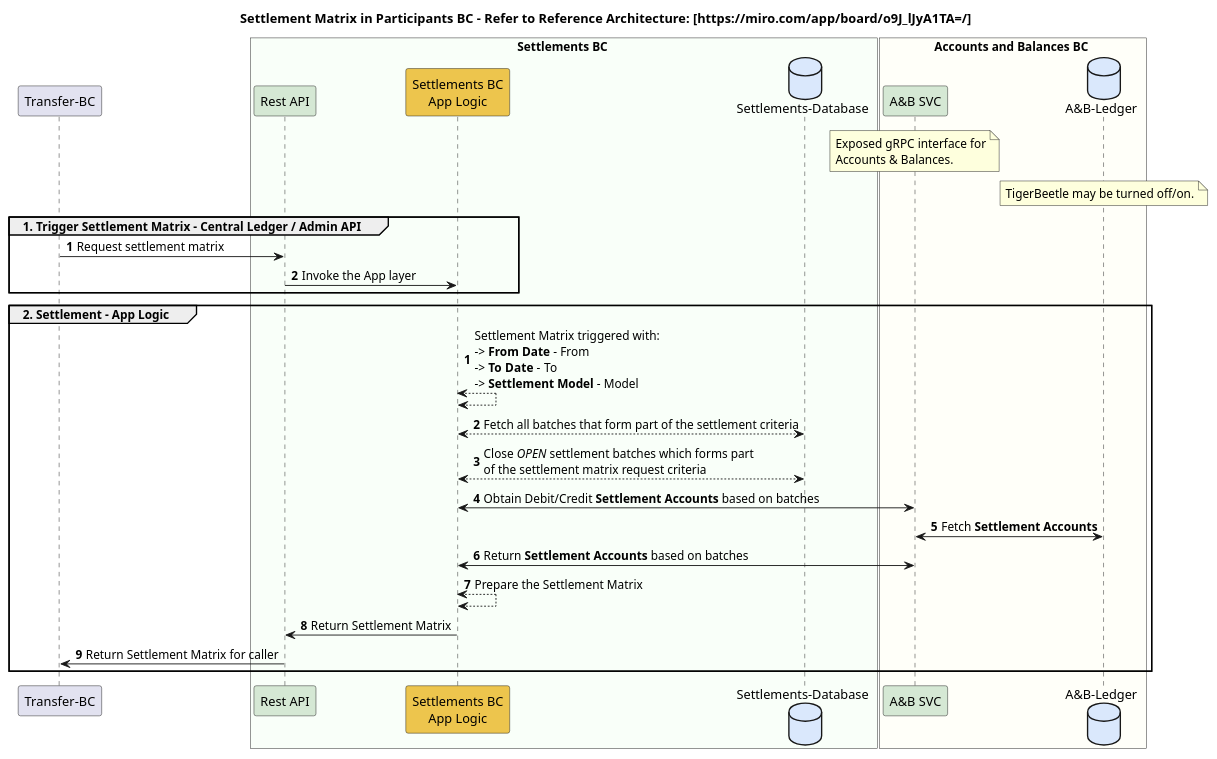
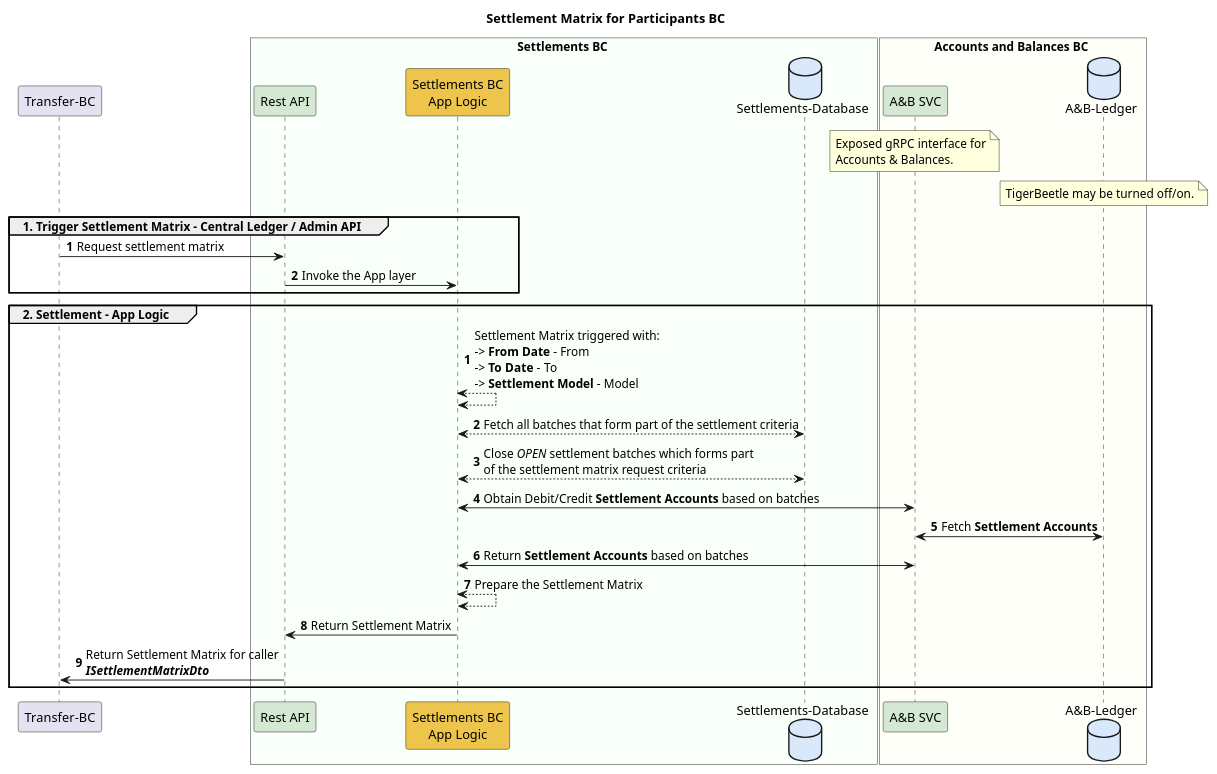
One commit to mojaloop/settlements-bc changed the diagram in docs/flows/02-settlement-matrix-bc.puml. Above: the diagram before and after it, drawn with PlantUML. The commit also changed 8 other files, not shown here.

```diff
--- a/docs/flows/02-settlement-matrix-bc.puml
+++ b/docs/flows/02-settlement-matrix-bc.puml
@@ -1,44 +1,44 @@
 @startuml
 
-title Settlement Matrix in Participants BC - Refer to Reference Architecture: [https://miro.com/app/board/o9J_lJyA1TA=/]
+title Settlement Matrix for Participants BC
 
 participant "Transfer-BC" as ext_transfers_bc
 
 box Settlements BC #F9FFF9
 	participant "Rest API" as sbc_rest #D5E8D4
 	participant "Settlements BC\nApp Logic" as sbc_app_logic #EDC54D
 	database "Settlements-Database" as sbc_db #DAE8FC
 end box
 
 box Accounts and Balances BC #FFFFF9
     participant "A&B SVC" as abbc_grpc #D5E8D4
     database "A&B-Ledger" as abbc_tigerbeetle #DAE8FC
     note over abbc_grpc
         Exposed gRPC interface for
         Accounts & Balances.
     end note
     note over abbc_tigerbeetle
         TigerBeetle may be turned off/on.
     end note
 end box
 
 group 1. Trigger Settlement Matrix - Central Ledger / Admin API
 autonumber
     ext_transfers_bc -> sbc_rest : Request settlement matrix
     sbc_rest -> sbc_app_logic : Invoke the App layer
 end
 
 group 2. Settlement - App Logic
 autonumber
     sbc_app_logic <--> sbc_app_logic: Settlement Matrix triggered with:\n-> **From Date** - From\n-> **To Date** - To\n-> **Settlement Model** - Model
     sbc_app_logic <--> sbc_db : Fetch all batches that form part of the settlement criteria
     sbc_app_logic <--> sbc_db : Close //OPEN// settlement batches which forms part \nof the settlement matrix request criteria
     sbc_app_logic <-> abbc_grpc : Obtain Debit/Credit **Settlement Accounts** based on batches
     abbc_grpc <-> abbc_tigerbeetle: Fetch **Settlement Accounts**
     abbc_grpc <-> sbc_app_logic : Return **Settlement Accounts** based on batches
     sbc_app_logic <--> sbc_app_logic : Prepare the Settlement Matrix
     sbc_app_logic -> sbc_rest : Return Settlement Matrix
-    sbc_rest -> ext_transfers_bc : Return Settlement Matrix for caller
+    sbc_rest -> ext_transfers_bc : Return Settlement Matrix for caller\n**//ISettlementMatrixDto//**
 end
 
 @enduml
```
